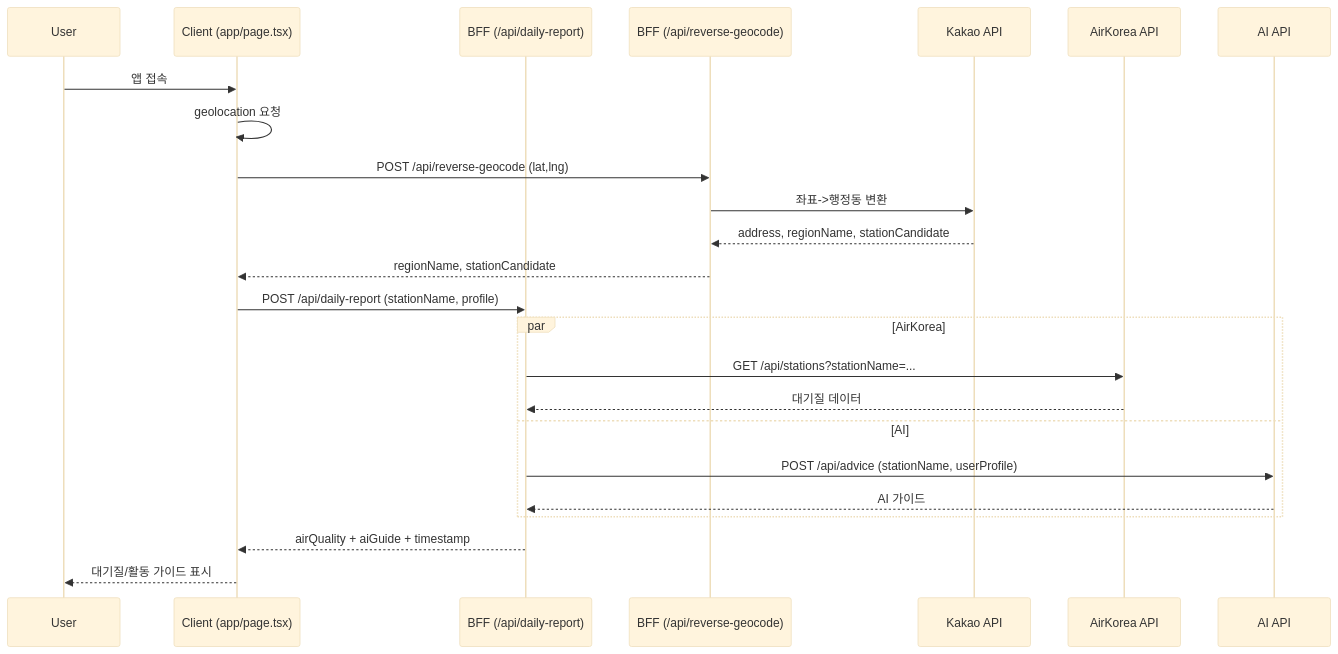
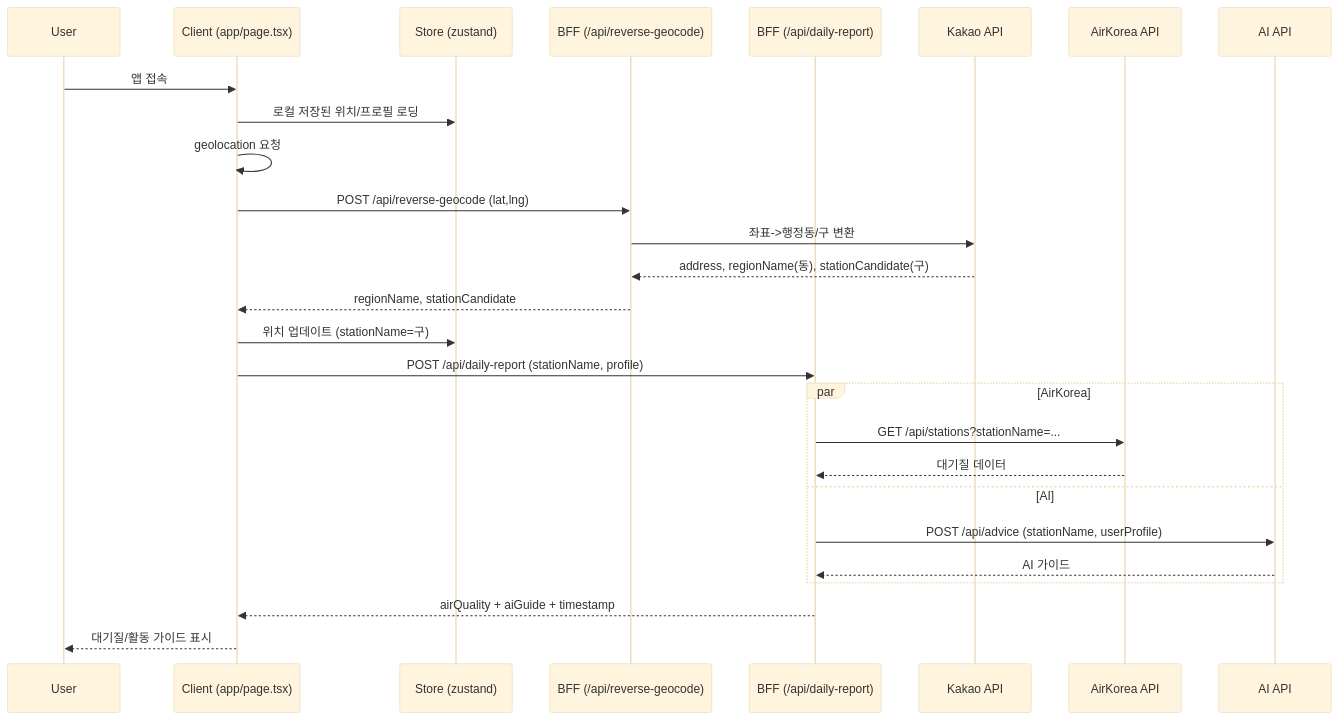
One commit to CMC-EPI-LOG/EPI-LOG-MAIN changed the second of 2 diagrams in README.md. Above: the diagram before and after it, drawn with Mermaid (base theme). The commit also changed other lines of this file and 3 other files, not shown here.

````diff
--- a/README.md
+++ b/README.md
@@ -30,27 +34,30 @@
 ```mermaid
 sequenceDiagram
   participant U as User
   participant C as Client (app/page.tsx)
+  participant S as Store (zustand)
+  participant G as BFF (/api/reverse-geocode)
   participant B as BFF (/api/daily-report)
-  participant G as BFF (/api/reverse-geocode)
   participant K as Kakao API
   participant A as AirKorea API
   participant AI as AI API
 
   U->>C: 앱 접속
+  C->>S: 로컬 저장된 위치/프로필 로딩
   C->>C: geolocation 요청
   C->>G: POST /api/reverse-geocode (lat,lng)
-  G->>K: 좌표->행정동 변환
-  K-->>G: address, regionName, stationCandidate
+  G->>K: 좌표->행정동/구 변환
+  K-->>G: address, regionName(동), stationCandidate(구)
   G-->>C: regionName, stationCandidate
+  C->>S: 위치 업데이트 (stationName=구)
   C->>B: POST /api/daily-report (stationName, profile)
   par AirKorea
     B->>A: GET /api/stations?stationName=...
     A-->>B: 대기질 데이터
   and AI
     B->>AI: POST /api/advice (stationName, userProfile)
     AI-->>B: AI 가이드
   end
   B-->>C: airQuality + aiGuide + timestamp
   C-->>U: 대기질/활동 가이드 표시
 ```
````
